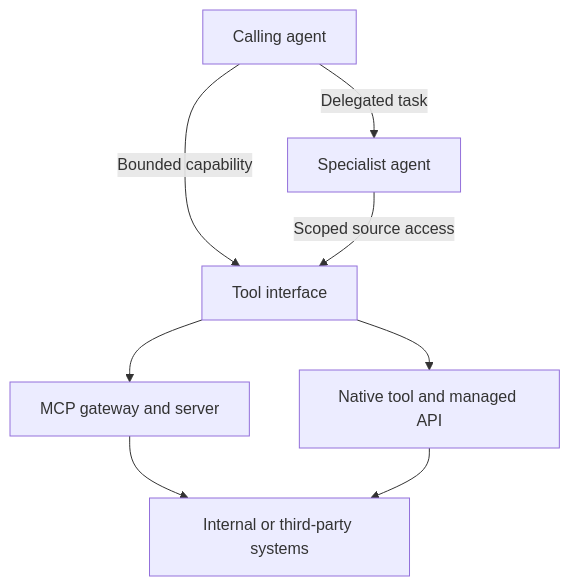
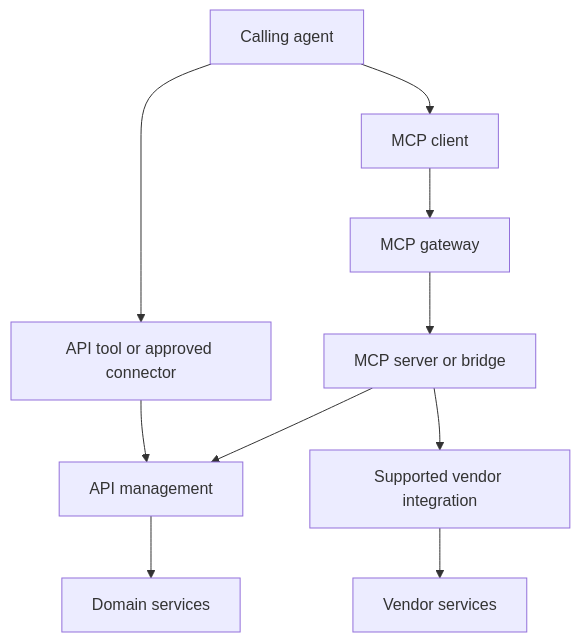
The first of 2 diagrams in docs/reference-architecture.md (vishalahire/mcp-for-enterprise), drawn with Mermaid before and after one commit. The commit also changed other lines of this file and 7 other files, not shown here.

Commit message:
Reframe agent integration guidance around API and MCP choices

````diff
--- a/docs/reference-architecture.md
+++ b/docs/reference-architecture.md
@@ -9,10 +9,12 @@
 ```mermaid
 flowchart TD
-    A["Calling agent"] -->|Bounded capability| T["Tool interface"]
-    A -->|Delegated task| B["Specialist agent"]
-    B -->|Scoped source access| T
-    T --> M["MCP gateway and server"]
-    T --> N["Native tool and managed API"]
-    M --> S["Internal or third-party systems"]
-    N --> S
+    A["Calling agent"] --> N["API tool or approved connector"]
+    A --> C["MCP client"]
+    N --> M["API management"]
+    C --> G["MCP gateway"]
+    G --> T["MCP server or bridge"]
+    T --> M
+    T --> V["Supported vendor integration"]
+    M --> S["Domain services"]
+    V --> U["Vendor services"]
 ```
````
